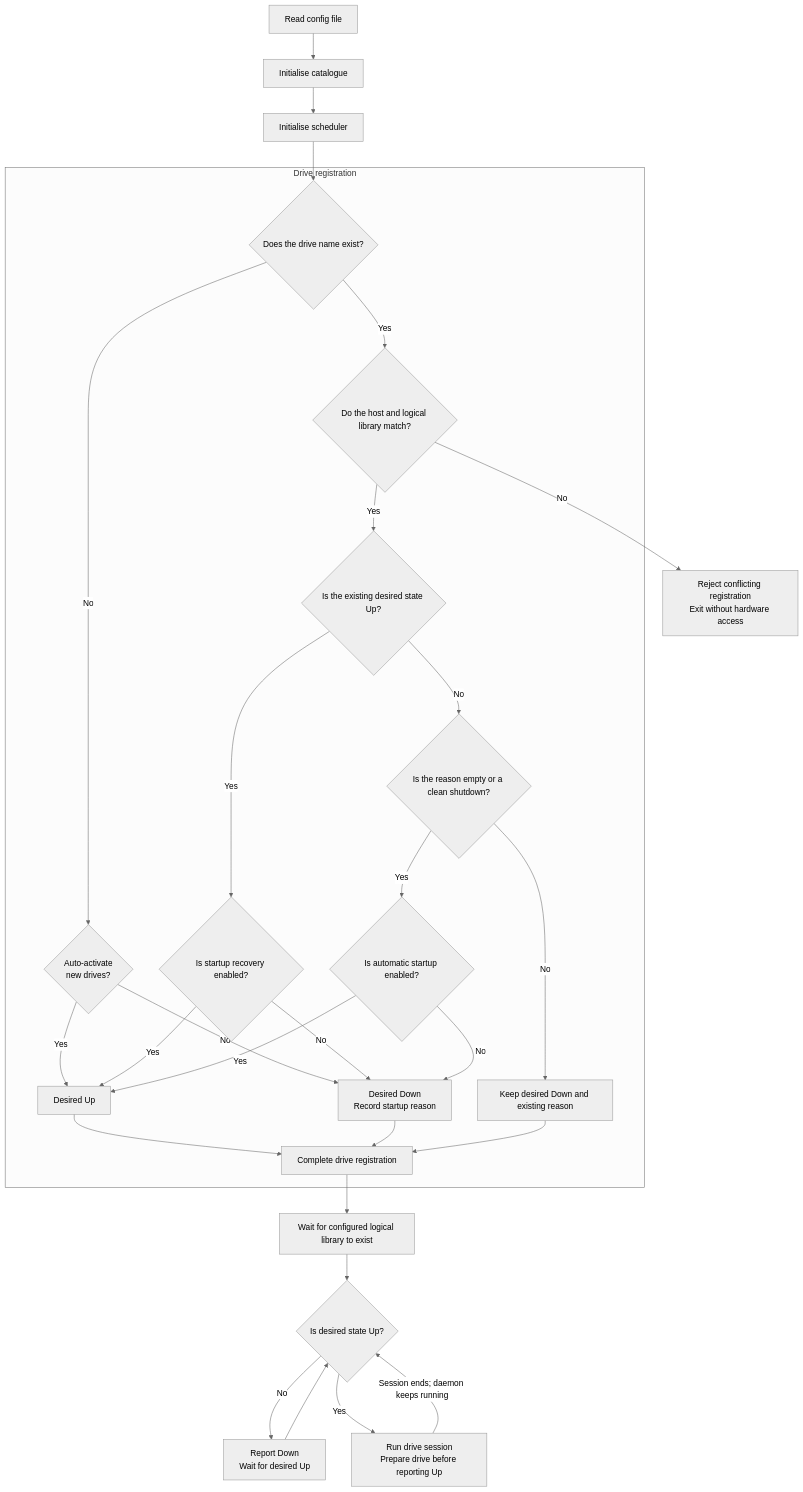
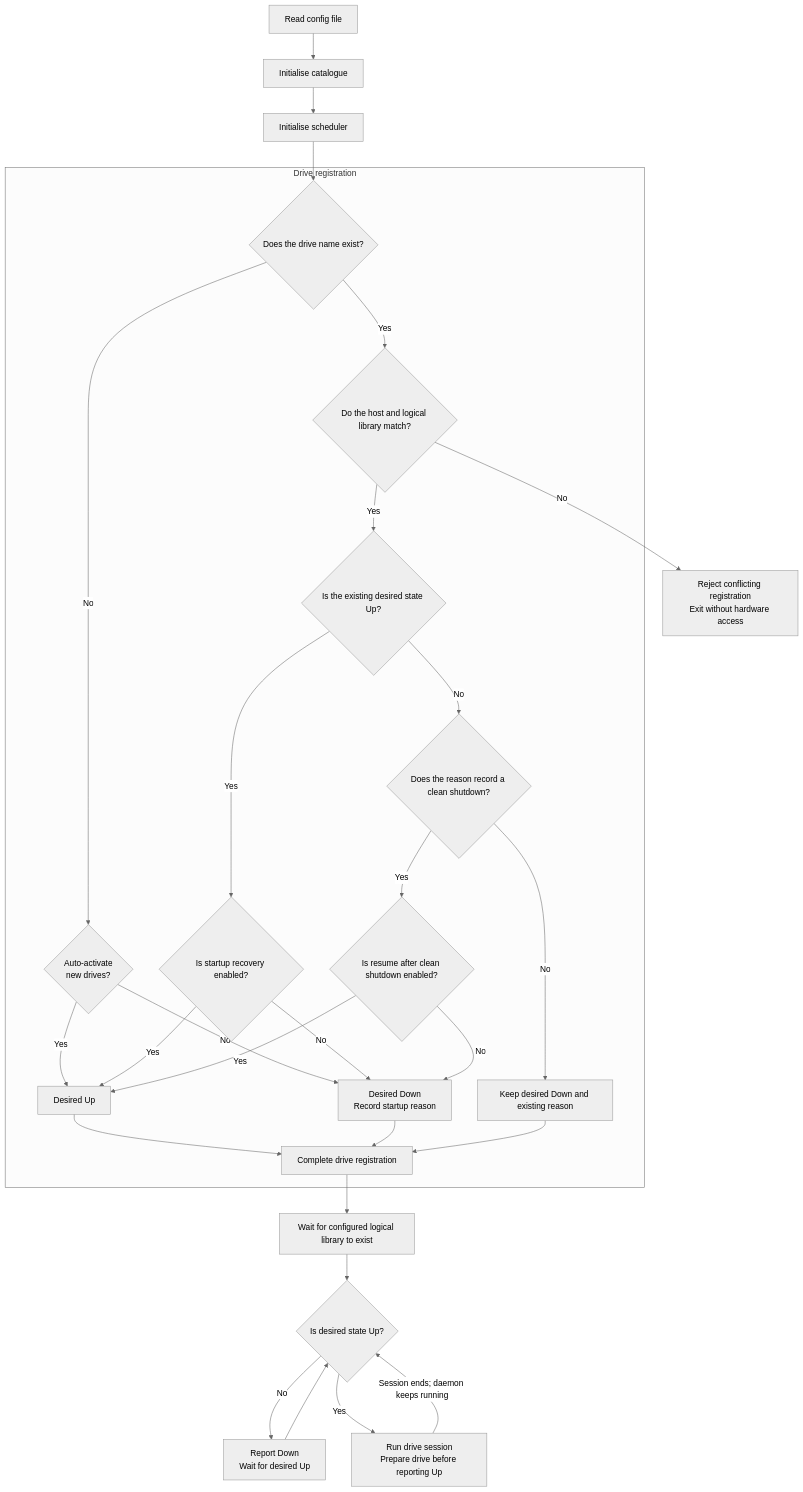
The second of 5 diagrams in docs/content/concepts/components/tape-daemon.md (cern-cta/CTA), drawn with Mermaid (neutral theme) before and after one commit. The commit also changed other lines of this file and 16 other files, not shown here.

````diff
--- a/docs/content/concepts/components/tape-daemon.md
+++ b/docs/content/concepts/components/tape-daemon.md
@@ -126,47 +126,47 @@
 ```mermaid
 flowchart TB
     config["Read config file"]
     cat["Initialise catalogue"]
     sched["Initialise scheduler"]
     config --> cat --> sched
 
     subgraph registration["Drive registration"]
         existsQ{"Does the drive name exist?"}
         matchesQ{"Do the host and logical library match?"}
         previousUpQ{"Is the existing desired state Up?"}
         recoverQ{"Is startup recovery enabled?"}
-        reasonQ{"Is the reason empty or a clean shutdown?"}
-        autoUpQ{"Is automatic startup enabled?"}
+        reasonQ{"Does the reason record a clean shutdown?"}
+        resumeAfterCleanShutdownQ{"Is resume after clean shutdown enabled?"}
         registrationUpQ{"Auto-activate<br/>new drives?"}
         desiredUp["Desired Up"]
         desiredDown["Desired Down<br/>Record startup reason"]
         preserveDown["Keep desired Down and existing reason"]
         registered["Complete drive registration"]
 
         existsQ -- No --> registrationUpQ
         registrationUpQ -- Yes --> desiredUp
         registrationUpQ -- No --> desiredDown
         existsQ -- Yes --> matchesQ
         matchesQ -- Yes --> previousUpQ
         previousUpQ -- Yes --> recoverQ
         previousUpQ -- No --> reasonQ
         recoverQ -- Yes --> desiredUp
         recoverQ -- No --> desiredDown
-        reasonQ -- Yes --> autoUpQ
+        reasonQ -- Yes --> resumeAfterCleanShutdownQ
         reasonQ -- No --> preserveDown
-        autoUpQ -- Yes --> desiredUp
-        autoUpQ -- No --> desiredDown
+        resumeAfterCleanShutdownQ -- Yes --> desiredUp
+        resumeAfterCleanShutdownQ -- No --> desiredDown
         desiredUp --> registered
         desiredDown --> registered
         preserveDown --> registered
     end
 
     sched --> existsQ
     matchesQ -- No --> invalid["Reject conflicting registration<br/>Exit without hardware access"]
     registered --> libraryWait["Wait for configured logical library to exist"]
     libraryWait --> desiredUpQ{"Is desired state Up?"}
     desiredUpQ -- No --> wait["Report Down<br/>Wait for desired Up"]
     wait --> desiredUpQ
     desiredUpQ -- Yes --> driveSession["Run drive session<br/>Prepare drive before reporting Up"]
     driveSession -- Session ends; daemon keeps running --> desiredUpQ
 ```
````
